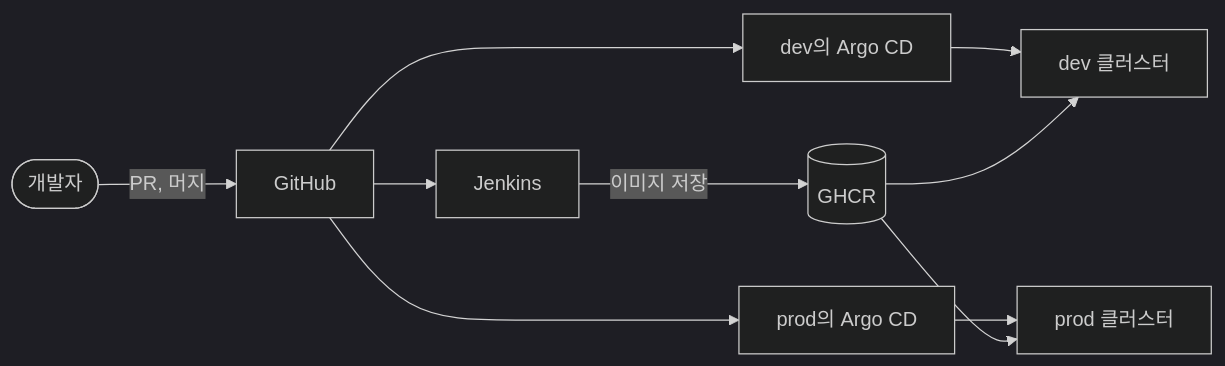
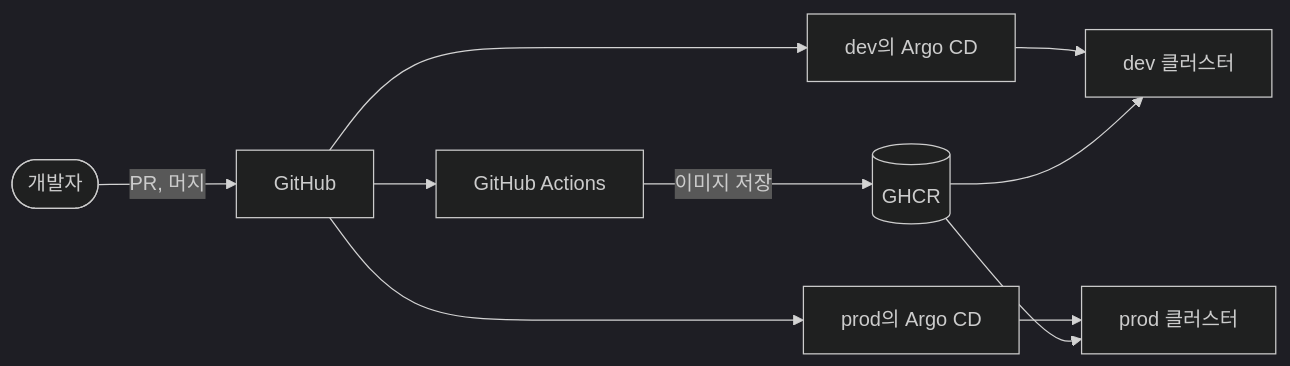
One commit to ktcloud-cloudnative-2026/team03-HelloCloud changed the fifth of 5 diagrams in docs/architecture.md. Above: the diagram before and after it, drawn with Mermaid (dark theme). The commit also changed other lines of this file and 10 other files, not shown here.

First line of the commit message:
ci: CI를 GitHub Actions로 전환 (#71)

````diff
--- a/docs/architecture.md
+++ b/docs/architecture.md
@@ -144,12 +144,12 @@
 ```mermaid
 flowchart LR
   dev([개발자]) -->|PR, 머지| gh[GitHub]
-  gh --> jk[Jenkins]
+  gh --> jk[GitHub Actions]
   jk -->|이미지 저장| reg[(GHCR)]
   gh --> adev[dev의 Argo CD]
   gh --> aprod[prod의 Argo CD]
   adev --> cdev[dev 클러스터]
   aprod --> cprod[prod 클러스터]
   reg --> cdev
   reg --> cprod
 ```
````
